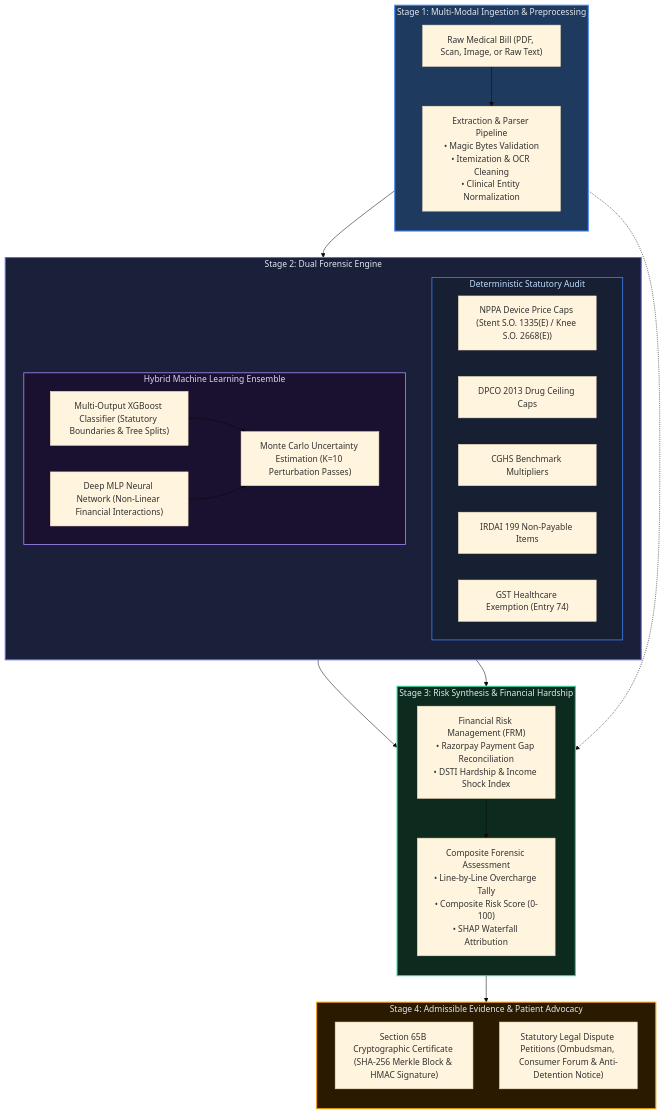
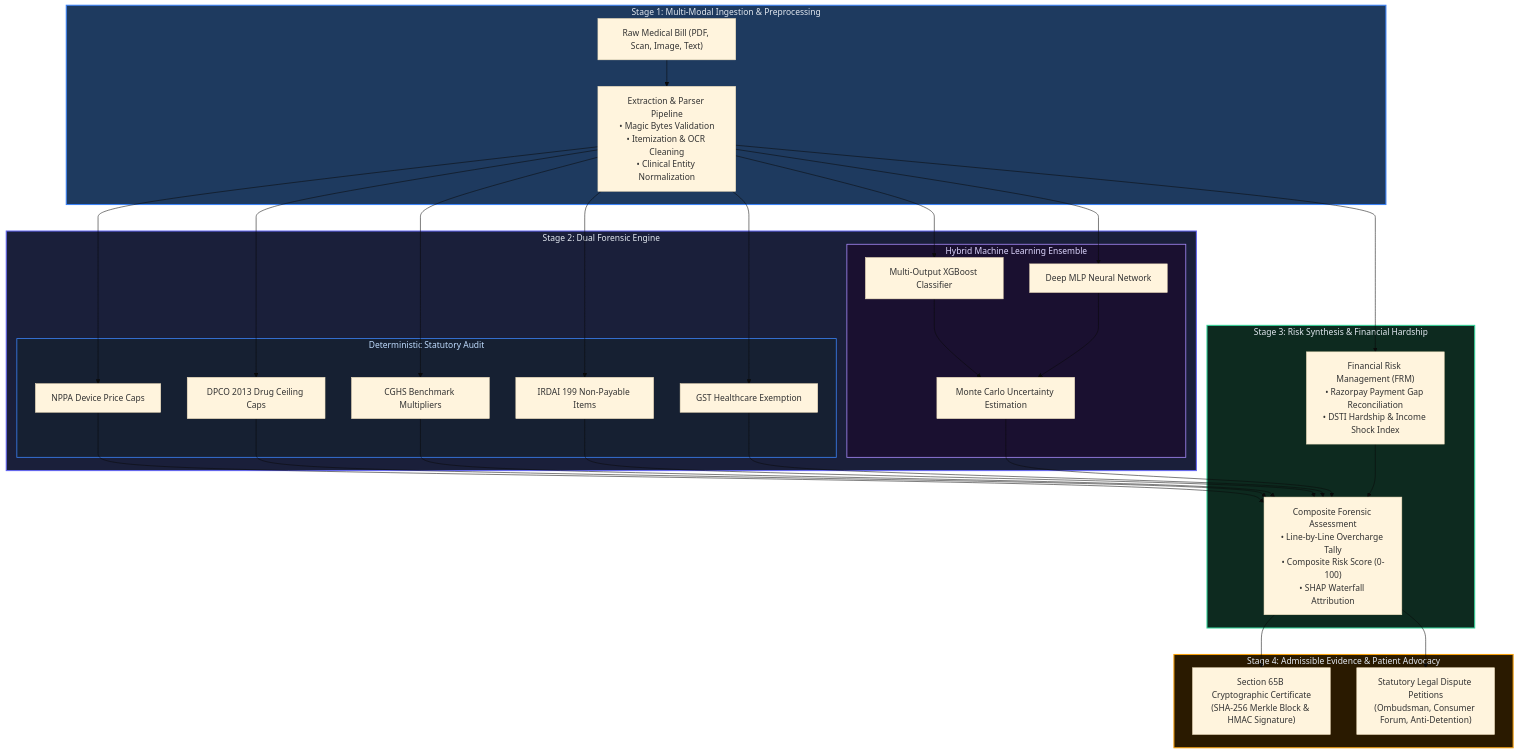
One commit to Harshil-18-byte/CuraVeris changed the first of 3 diagrams in README.md. Above: the diagram before and after it, drawn with Mermaid (base theme). The commit also changed other lines of this file and 11 other files, not shown here.

Commit message:
Reorganize architecture and developer guides with complete mathematical specifications

````diff
--- a/README.md
+++ b/README.md
@@ -68,52 +86,61 @@
 ```mermaid
 flowchart TD
-  subgraph Stage1 ["Stage 1: Multi-Modal Ingestion & Preprocessing"]
-    direction TB
-    A["Raw Medical Bill (PDF, Scan, Image, or Raw Text)"] --> B["Extraction & Parser Pipeline<br/>• Magic Bytes Validation<br/>• Itemization & OCR Cleaning<br/>• Clinical Entity Normalization"]
+  subgraph Stage1["Stage 1: Multi-Modal Ingestion & Preprocessing"]
+    A["Raw Medical Bill (PDF, Scan, Image, Text)"] --> B["Extraction & Parser Pipeline<br/>• Magic Bytes Validation<br/>• Itemization & OCR Cleaning<br/>• Clinical Entity Normalization"]
   end
 
-  subgraph Stage2 ["Stage 2: Dual Forensic Engine"]
-    direction TB
-    subgraph Legal ["Deterministic Statutory Audit"]
-      C1["NPPA Device Price Caps (Stent S.O. 1335(E) / Knee S.O. 2668(E))"]
+  subgraph Stage2["Stage 2: Dual Forensic Engine"]
+    subgraph Legal["Deterministic Statutory Audit"]
+      C1["NPPA Device Price Caps"]
       C2["DPCO 2013 Drug Ceiling Caps"]
       C3["CGHS Benchmark Multipliers"]
       C4["IRDAI 199 Non-Payable Items"]
-      C5["GST Healthcare Exemption (Entry 74)"]
+      C5["GST Healthcare Exemption"]
     end
 
-    subgraph ML ["Hybrid Machine Learning Ensemble"]
-      D1["Multi-Output XGBoost Classifier (Statutory Boundaries & Tree Splits)"]
-      D2["Deep MLP Neural Network (Non-Linear Financial Interactions)"]
-      D3["Monte Carlo Uncertainty Estimation (K=10 Perturbation Passes)"]
+    subgraph ML["Hybrid Machine Learning Ensemble"]
+      D1["Multi-Output XGBoost Classifier"]
+      D2["Deep MLP Neural Network"]
+      D3["Monte Carlo Uncertainty Estimation"]
       D1 --> D3
       D2 --> D3
     end
   end
 
-  subgraph Stage3 ["Stage 3: Risk Synthesis & Financial Hardship"]
-    direction TB
+  subgraph Stage3["Stage 3: Risk Synthesis & Financial Hardship"]
     E["Composite Forensic Assessment<br/>• Line-by-Line Overcharge Tally<br/>• Composite Risk Score (0-100)<br/>• SHAP Waterfall Attribution"]
     F["Financial Risk Management (FRM)<br/>• Razorpay Payment Gap Reconciliation<br/>• DSTI Hardship & Income Shock Index"]
   end
 
-  subgraph Stage4 ["Stage 4: Admissible Evidence & Patient Advocacy"]
-    direction TB
-    G1["Section 65B Cryptographic Certificate (SHA-256 Merkle Block & HMAC Signature)"]
-    G2["Statutory Legal Dispute Petitions (Ombudsman, Consumer Forum & Anti-Detention Notice)"]
+  subgraph Stage4["Stage 4: Admissible Evidence & Patient Advocacy"]
+    G1["Section 65B Cryptographic Certificate<br/>(SHA-256 Merkle Block & HMAC Signature)"]
+    G2["Statutory Legal Dispute Petitions<br/>(Ombudsman, Consumer Forum, Anti-Detention)"]
   end
 
-  Stage1 --> Stage2
-  Legal --> E
-  ML --> E
-  B -.-> F
+  B --> C1
+  B --> C2
+  B --> C3
+  B --> C4
+  B --> C5
+  B --> D1
+  B --> D2
+  B --> F
+
+  C1 --> E
+  C2 --> E
+  C3 --> E
+  C4 --> E
+  C5 --> E
+  D3 --> E
   F --> E
-  Stage3 --> Stage4
+
+  E --> G1
+  E --> G2
 
   style Stage1 fill:#1e3a5f,stroke:#3b82f6,stroke-width:2px,color:#e2e8f0
   style Stage2 fill:#1a1f3a,stroke:#6366f1,stroke-width:2px,color:#e2e8f0
   style Legal fill:#162032,stroke:#3b82f6,stroke-width:1.5px,color:#bfdbfe
   style ML fill:#1a1030,stroke:#a78bfa,stroke-width:1.5px,color:#ddd6fe
   style Stage3 fill:#0d2a1f,stroke:#34d399,stroke-width:2px,color:#e2e8f0
   style Stage4 fill:#2a1a00,stroke:#f59e0b,stroke-width:2px,color:#e2e8f0
 ```
````
